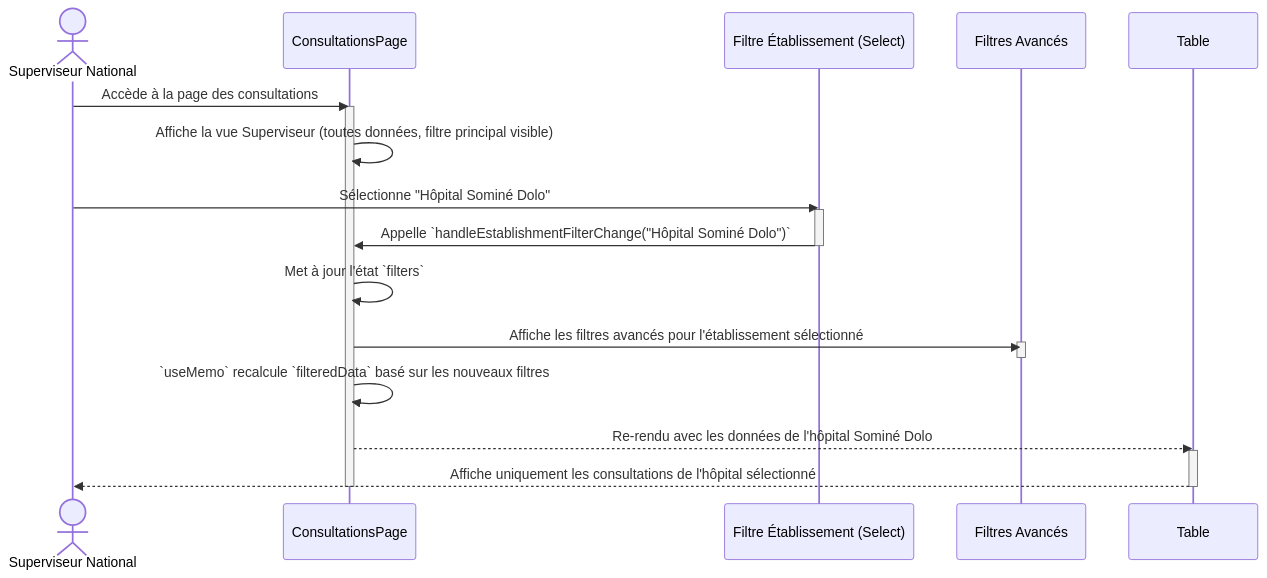
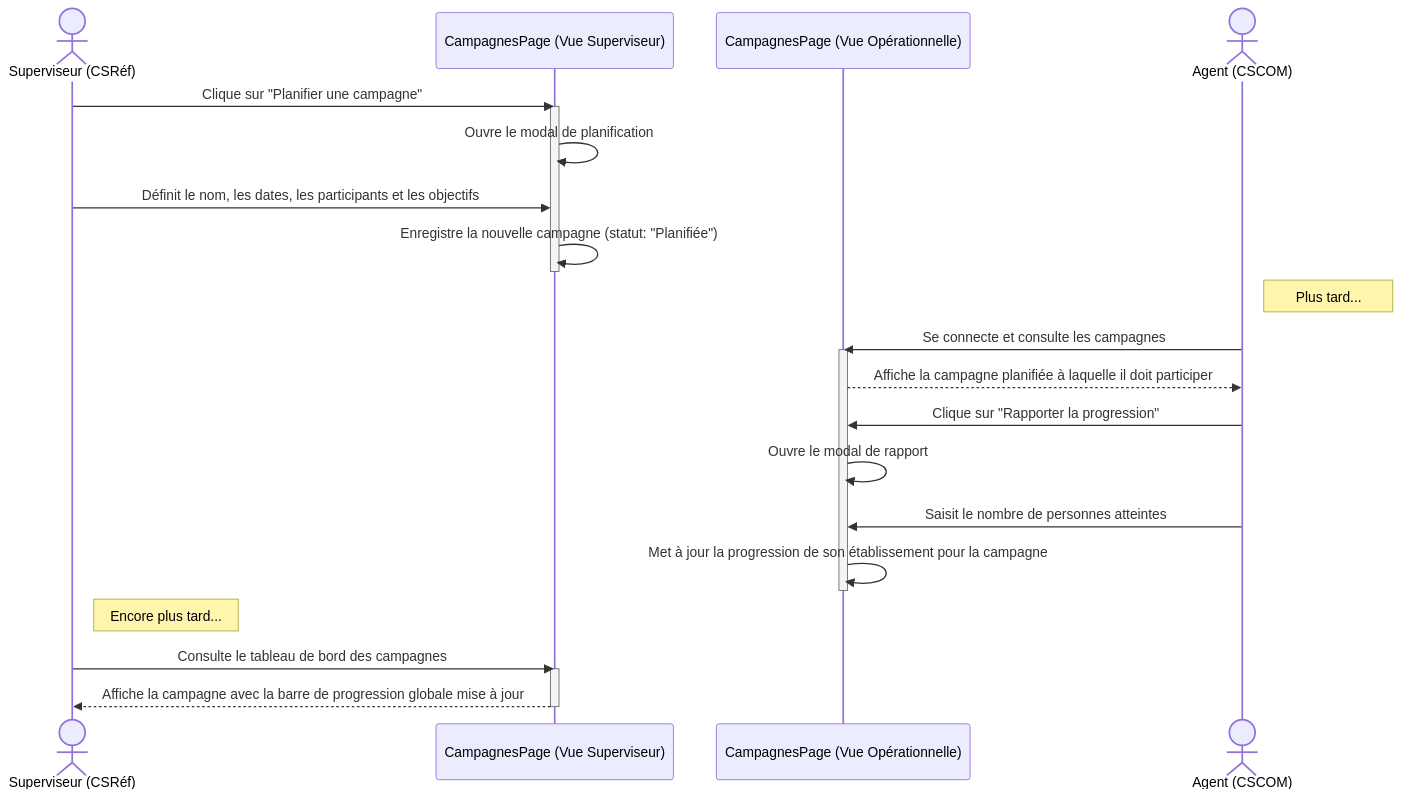
One commit to drguindo/Gestin-SIS-Baobab changed the fourth of 4 diagrams in docs/10_diagrammes_uml.md. Above: the diagram before and after it, drawn with Mermaid. The commit also changed other lines of this file and 14 other files, not shown here.

````diff
--- a/docs/10_diagrammes_uml.md
+++ b/docs/10_diagrammes_uml.md
@@ -299,30 +192,33 @@
 ```mermaid
 sequenceDiagram
-    actor Superviseur as Superviseur National
-    participant Page as ConsultationsPage
-    participant EstFilter as Filtre Établissement (Select)
-    participant AdvFilters as Filtres Avancés
-    participant TableUI as Table
+    actor Superviseur as Superviseur (CSRéf)
+    participant PageCampSup as CampagnesPage (Vue Superviseur)
+    participant PageCampOp as CampagnesPage (Vue Opérationnelle)
+    actor Agent as Agent (CSCOM)
 
-    Superviseur->>Page: Accède à la page des consultations
-    activate Page
-    Page->>Page: Affiche la vue Superviseur (toutes données, filtre principal visible)
+    Superviseur->>PageCampSup: Clique sur "Planifier une campagne"
+    activate PageCampSup
+    PageCampSup->>PageCampSup: Ouvre le modal de planification
+    Superviseur->>PageCampSup: Définit le nom, les dates, les participants et les objectifs
+    PageCampSup->>PageCampSup: Enregistre la nouvelle campagne (statut: "Planifiée")
+    deactivate PageCampSup
     
-    Superviseur->>EstFilter: Sélectionne "Hôpital Sominé Dolo"
-    activate EstFilter
-    EstFilter->>Page: Appelle `handleEstablishmentFilterChange("Hôpital Sominé Dolo")`
-    deactivate EstFilter
+    Note right of Agent: Plus tard...
     
-    Page->>Page: Met à jour l'état `filters`
-    Page->>AdvFilters: Affiche les filtres avancés pour l'établissement sélectionné
-    activate AdvFilters
-    deactivate AdvFilters
+    Agent->>PageCampOp: Se connecte et consulte les campagnes
+    activate PageCampOp
+    PageCampOp-->>Agent: Affiche la campagne planifiée à laquelle il doit participer
     
-    Page->>Page: `useMemo` recalcule `filteredData` basé sur les nouveaux filtres
+    Agent->>PageCampOp: Clique sur "Rapporter la progression"
+    PageCampOp->>PageCampOp: Ouvre le modal de rapport
+    Agent->>PageCampOp: Saisit le nombre de personnes atteintes
+    PageCampOp->>PageCampOp: Met à jour la progression de son établissement pour la campagne
+    deactivate PageCampOp
     
-    Page-->>TableUI: Re-rendu avec les données de l'hôpital Sominé Dolo
-    activate TableUI
-    TableUI-->>Superviseur: Affiche uniquement les consultations de l'hôpital sélectionné
-    deactivate TableUI
-    deactivate Page
+    Note right of Superviseur: Encore plus tard...
+    
+    Superviseur->>PageCampSup: Consulte le tableau de bord des campagnes
+    activate PageCampSup
+    PageCampSup-->>Superviseur: Affiche la campagne avec la barre de progression globale mise à jour
+    deactivate PageCampSup
 ```
````
